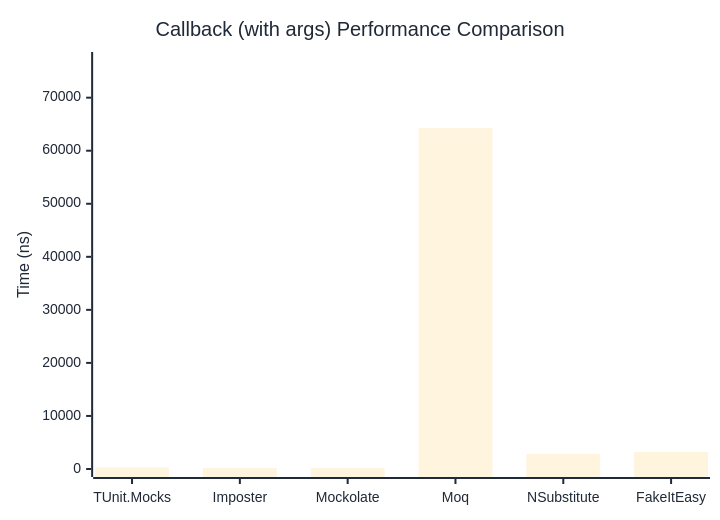
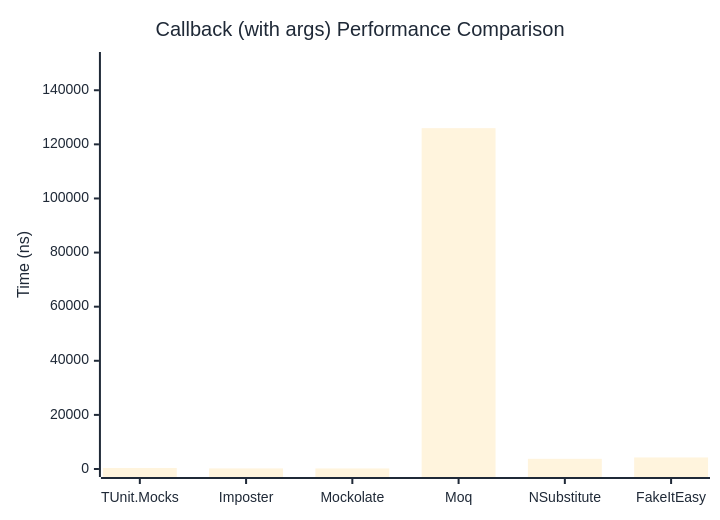
One commit to thomhurst/TUnit changed the second of 2 diagrams in docs/docs/benchmarks/mocks/Callback.md. Above: the diagram before and after it, drawn with Mermaid. The commit also changed other lines of this file and 14 other files, not shown here.

````diff
--- a/docs/docs/benchmarks/mocks/Callback.md
+++ b/docs/docs/benchmarks/mocks/Callback.md
@@ -71,27 +71,27 @@
 ```mermaid
 %%{init: {
   'theme':'base',
   'themeVariables': {
     'primaryColor': '#2563eb',
     'primaryTextColor': '#1f2937',
     'primaryBorderColor': '#1e40af',
     'lineColor': '#6b7280',
     'secondaryColor': '#7c3aed',
     'tertiaryColor': '#dc2626',
     'background': '#ffffff',
     'pie1': '#2563eb',
     'pie2': '#7c3aed',
     'pie3': '#dc2626',
     'pie4': '#f59e0b',
     'pie5': '#10b981',
     'pie6': '#06b6d4',
     'pie7': '#ec4899',
     'pie8': '#6366f1'
   }
 }}%%
 xychart-beta
   title "Callback (with args) Performance Comparison"
   x-axis ["TUnit.Mocks", "Imposter", "Mockolate", "Moq", "NSubstitute", "FakeItEasy"]
-  y-axis "Time (ns)" 0 --> 77101
-  bar [320.1, 189.8, 169, 64250.4, 2823.4, 3217.9]
+  y-axis "Time (ns)" 0 --> 151179
+  bar [360.1, 219, 198.8, 125981.8, 3768.8, 4265.8]
 ```
````
